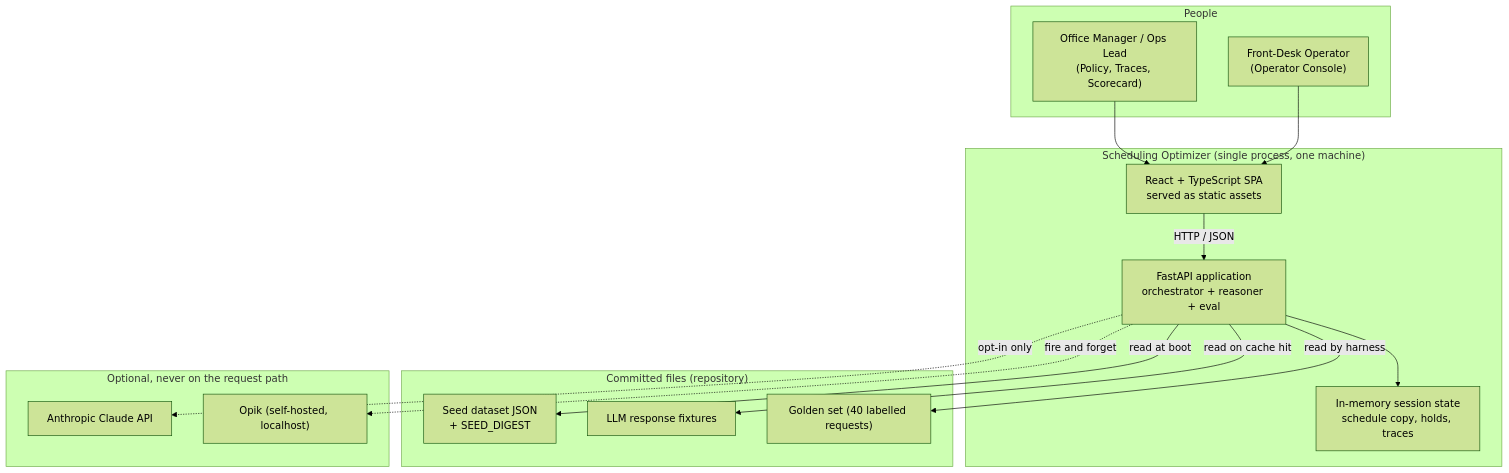
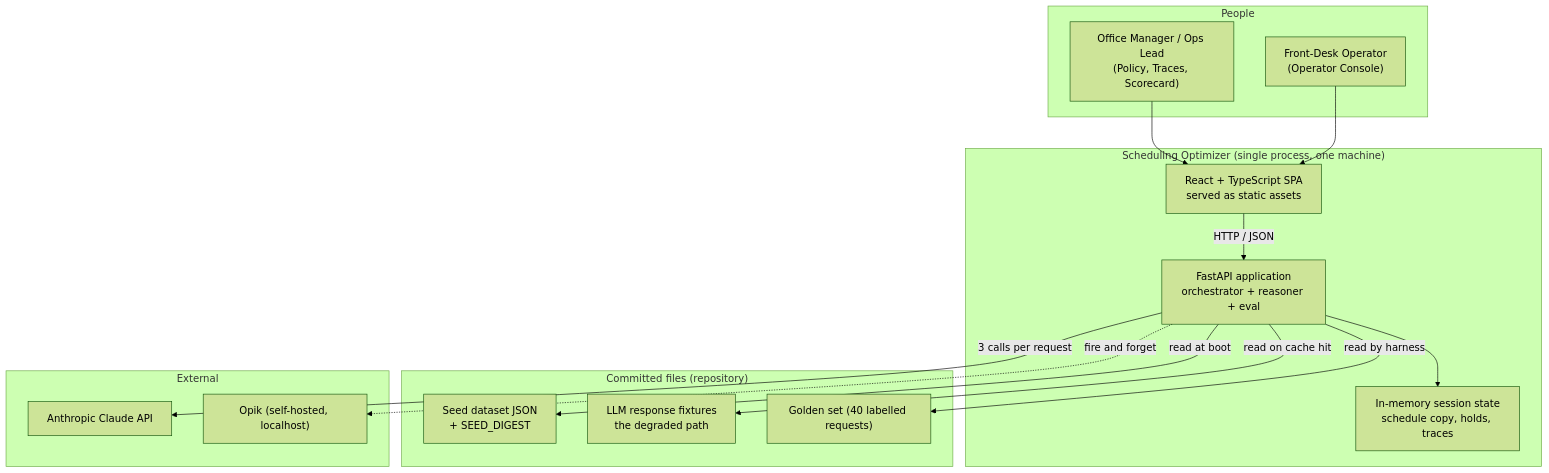
One commit to nayanmshah/intelligent-agentic-scheduler-optimizer changed the first of 9 diagrams in docs/architecture.md. Above: the diagram before and after it, drawn with Mermaid (forest theme). The commit also changed other lines of this file and 22 other files, not shown here.

First line of the commit message:
docs: agent topology diagram, and purge the stale offline framing

````diff
--- a/docs/architecture.md
+++ b/docs/architecture.md
@@ -44,34 +44,34 @@
 ```mermaid
 flowchart TB
     subgraph people ["People"]
         OP["Front-Desk Operator<br/>(Operator Console)"]
         OM["Office Manager / Ops Lead<br/>(Policy, Traces, Scorecard)"]
     end
 
     subgraph app ["Scheduling Optimizer (single process, one machine)"]
         UI["React + TypeScript SPA<br/>served as static assets"]
         API["FastAPI application<br/>orchestrator + reasoner + eval"]
         MEM["In-memory session state<br/>schedule copy, holds, traces"]
     end
 
     subgraph files ["Committed files (repository)"]
         SEED["Seed dataset JSON<br/>+ SEED_DIGEST"]
-        FIX["LLM response fixtures"]
+        FIX["LLM response fixtures<br/>the degraded path"]
         GOLD["Golden set (40 labelled requests)"]
     end
 
-    subgraph optional ["Optional, never on the request path"]
+    subgraph external ["External"]
         LLM["Anthropic Claude API"]
         OPIK["Opik (self-hosted, localhost)"]
     end
 
     OP --> UI
     OM --> UI
     UI -->|"HTTP / JSON"| API
     API --> MEM
     API -->|"read at boot"| SEED
     API -->|"read on cache hit"| FIX
     API -->|"read by harness"| GOLD
-    API -.->|"opt-in only"| LLM
+    API -->|"3 calls per request"| LLM
     API -.->|"fire and forget"| OPIK
 ```
````
